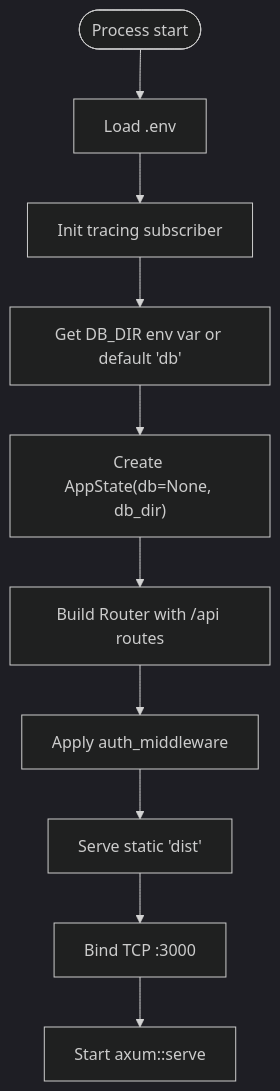
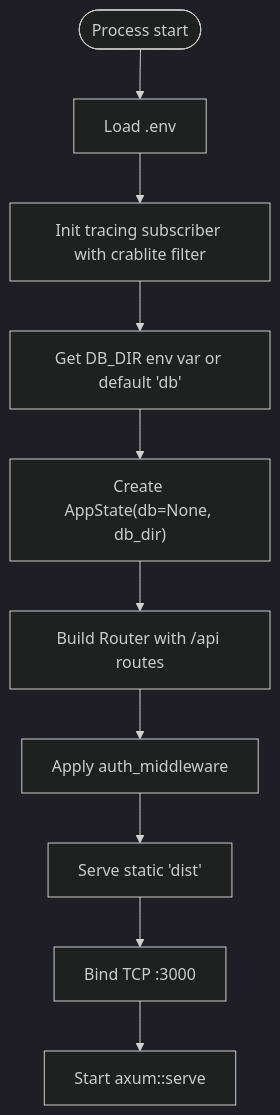
Before and after one commit to sutanto1010/crablite: the third of 8 diagrams in .qoder/repowiki/en/content/Backend Development/Backend Development.md, drawn with Mermaid (dark theme). The commit also changed other lines of this file and 30 other files, not shown here.

````diff
--- a/.qoder/repowiki/en/content/Backend Development/Backend Development.md
+++ b/.qoder/repowiki/en/content/Backend Development/Backend Development.md
@@ -149,12 +150,12 @@
 ```mermaid
 flowchart TD
 Start(["Process start"]) --> Dotenv["Load .env"]
-Dotenv --> InitTracing["Init tracing subscriber"]
+Dotenv --> InitTracing["Init tracing subscriber with crablite filter"]
 InitTracing --> GetDBDir["Get DB_DIR env var or default 'db'"]
 GetDBDir --> BuildState["Create AppState(db=None, db_dir)"]
 BuildState --> BuildRouter["Build Router with /api routes"]
 BuildRouter --> ApplyMiddleware["Apply auth_middleware"]
 ApplyMiddleware --> ServeStatic["Serve static 'dist'"]
 ServeStatic --> BindPort["Bind TCP :3000"]
 BindPort --> RunServer["Start axum::serve"]
 ```
````
